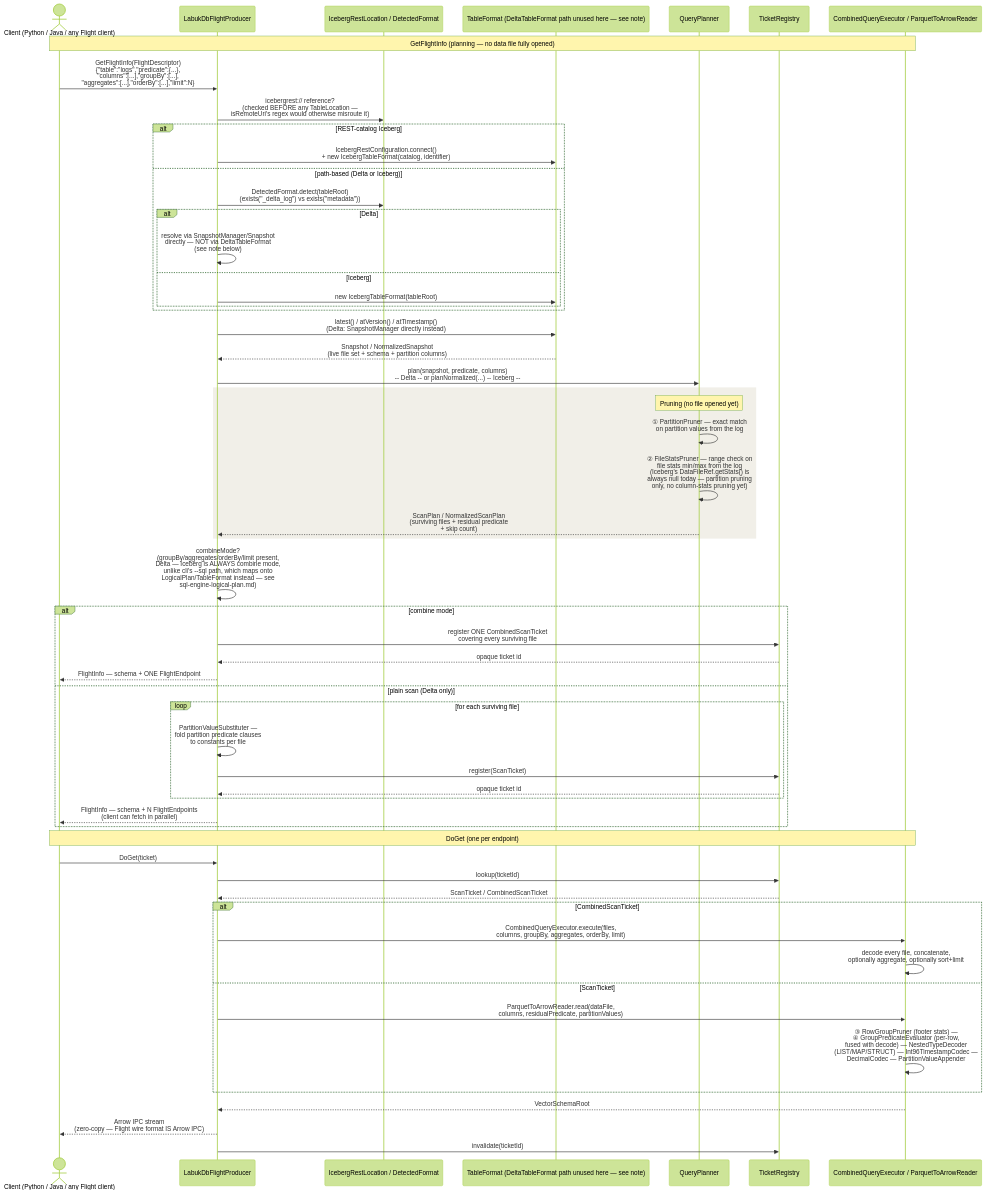
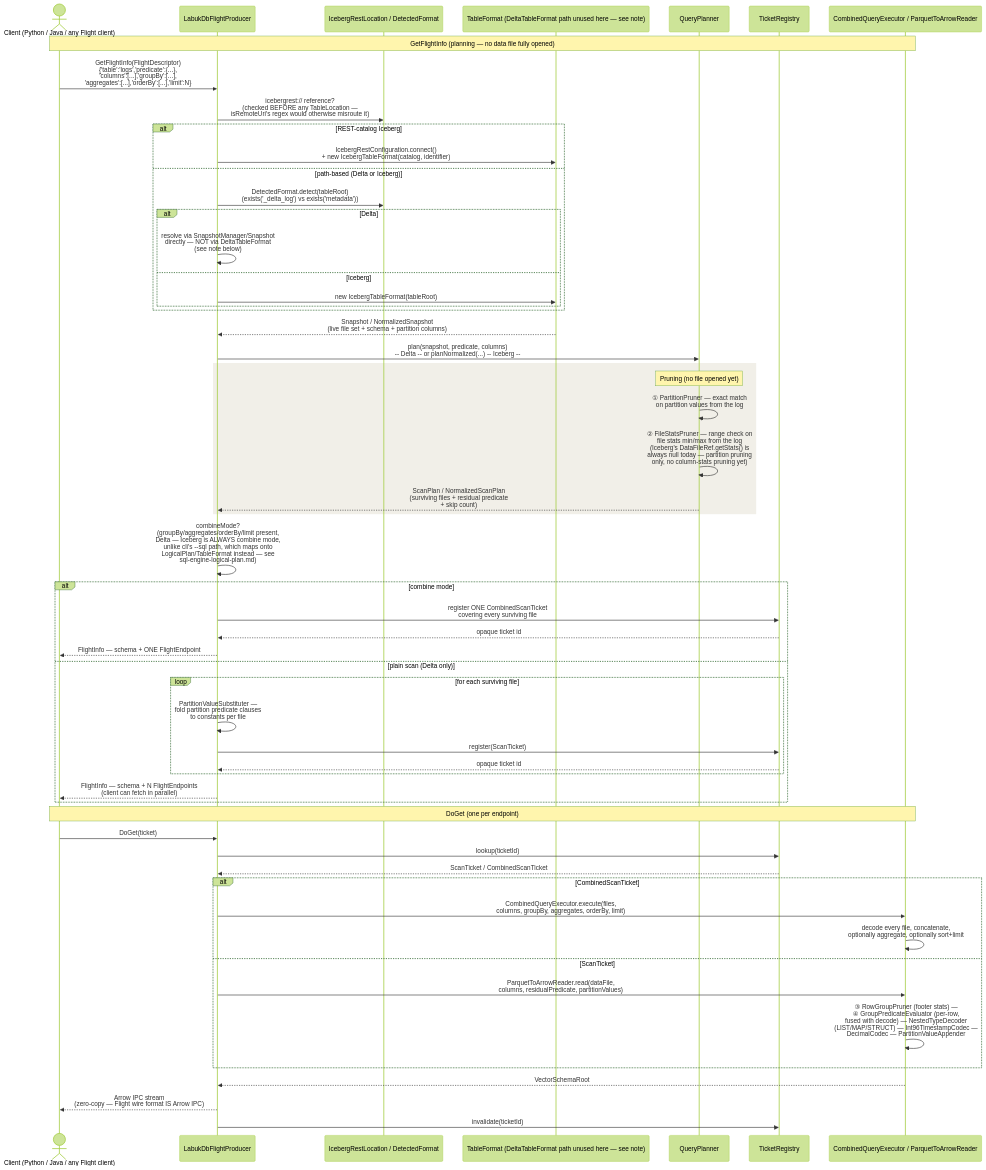
Before and after one commit to codelabuk/labukDB: the diagram in docs/flow-charts/flight-query-sequence.md, drawn with Mermaid (forest theme). The commit also changed 2 other files, not shown here.

Commit message:
Fix diagrams

````diff
--- a/docs/flow-charts/flight-query-sequence.md
+++ b/docs/flow-charts/flight-query-sequence.md
@@ -3,71 +3,70 @@
 ```mermaid
 sequenceDiagram
     actor C as Client (Python / Java / any Flight client)
     participant DFP as LabukDbFlightProducer
     participant DF as IcebergRestLocation / DetectedFormat
     participant TF as TableFormat (DeltaTableFormat path unused here — see note)
     participant QP as QueryPlanner
     participant TR as TicketRegistry
     participant EXEC as CombinedQueryExecutor / ParquetToArrowReader
 
     Note over C,EXEC: GetFlightInfo (planning — no data file fully opened)
 
-    C->>DFP: GetFlightInfo(FlightDescriptor)<br/>{"table":"logs","predicate":{...},<br/>"columns":[...],"groupBy":[...],<br/>"aggregates":[...],"orderBy":[...],"limit":N}
+    C->>DFP: GetFlightInfo(FlightDescriptor)<br/>{'table':'logs','predicate':{...},<br/>'columns':[...],'groupBy':[...],<br/>'aggregates':[...],'orderBy':[...],'limit':N}
     DFP->>DF: icebergrest:// reference?<br/>(checked BEFORE any TableLocation —<br/>isRemoteUri's regex would otherwise misroute it)
 
     alt REST-catalog Iceberg
         DFP->>TF: IcebergRestConfiguration.connect()<br/>+ new IcebergTableFormat(catalog, identifier)
     else path-based (Delta or Iceberg)
-        DFP->>DF: DetectedFormat.detect(tableRoot)<br/>(exists("_delta_log") vs exists("metadata"))
+        DFP->>DF: DetectedFormat.detect(tableRoot)<br/>(exists('_delta_log') vs exists('metadata'))
         alt Delta
             DFP->>DFP: resolve via SnapshotManager/Snapshot<br/>directly — NOT via DeltaTableFormat<br/>(see note below)
         else Iceberg
             DFP->>TF: new IcebergTableFormat(tableRoot)
         end
     end
 
-    DFP->>TF: latest() / atVersion() / atTimestamp()<br/>(Delta: SnapshotManager directly instead)
     TF-->>DFP: Snapshot / NormalizedSnapshot<br/>(live file set + schema + partition columns)
 
     DFP->>QP: plan(snapshot, predicate, columns)<br/>-- Delta --  or  planNormalized(...) -- Iceberg --
 
     rect rgb(241, 239, 232)
         Note over QP: Pruning (no file opened yet)
         QP->>QP: ① PartitionPruner — exact match<br/>on partition values from the log
         QP->>QP: ② FileStatsPruner — range check on<br/>file stats min/max from the log<br/>(Iceberg's DataFileRef.getStats() is<br/>always null today — partition pruning<br/>only, no column-stats pruning yet)
         QP-->>DFP: ScanPlan / NormalizedScanPlan<br/>(surviving files + residual predicate<br/>+ skip count)
     end
 
     DFP->>DFP: combineMode?<br/>(groupBy/aggregates/orderBy/limit present,<br/>Delta — Iceberg is ALWAYS combine mode,<br/>unlike cli's --sql path, which maps onto<br/>LogicalPlan/TableFormat instead — see<br/>sql-engine-logical-plan.md)
 
     alt combine mode
         DFP->>TR: register ONE CombinedScanTicket<br/>covering every surviving file
         TR-->>DFP: opaque ticket id
         DFP-->>C: FlightInfo — schema + ONE FlightEndpoint
     else plain scan (Delta only)
         loop for each surviving file
             DFP->>DFP: PartitionValueSubstituter —<br/>fold partition predicate clauses<br/>to constants per file
             DFP->>TR: register(ScanTicket)
             TR-->>DFP: opaque ticket id
         end
         DFP-->>C: FlightInfo — schema + N FlightEndpoints<br/>(client can fetch in parallel)
     end
 
     Note over C,EXEC: DoGet (one per endpoint)
 
     C->>DFP: DoGet(ticket)
     DFP->>TR: lookup(ticketId)
     TR-->>DFP: ScanTicket / CombinedScanTicket
 
     alt CombinedScanTicket
         DFP->>EXEC: CombinedQueryExecutor.execute(files,<br/>columns, groupBy, aggregates, orderBy, limit)
         EXEC->>EXEC: decode every file, concatenate,<br/>optionally aggregate, optionally sort+limit
     else ScanTicket
         DFP->>EXEC: ParquetToArrowReader.read(dataFile,<br/>columns, residualPredicate, partitionValues)
         EXEC->>EXEC: ③ RowGroupPruner (footer stats) —<br/>④ GroupPredicateEvaluator (per-row,<br/>fused with decode) — NestedTypeDecoder<br/>(LIST/MAP/STRUCT) — Int96TimestampCodec —<br/>DecimalCodec — PartitionValueAppender
     end
 
     EXEC-->>DFP: VectorSchemaRoot
     DFP-->>C: Arrow IPC stream<br/>(zero-copy — Flight wire format IS Arrow IPC)
     DFP->>TR: invalidate(ticketId)
 ```
````
